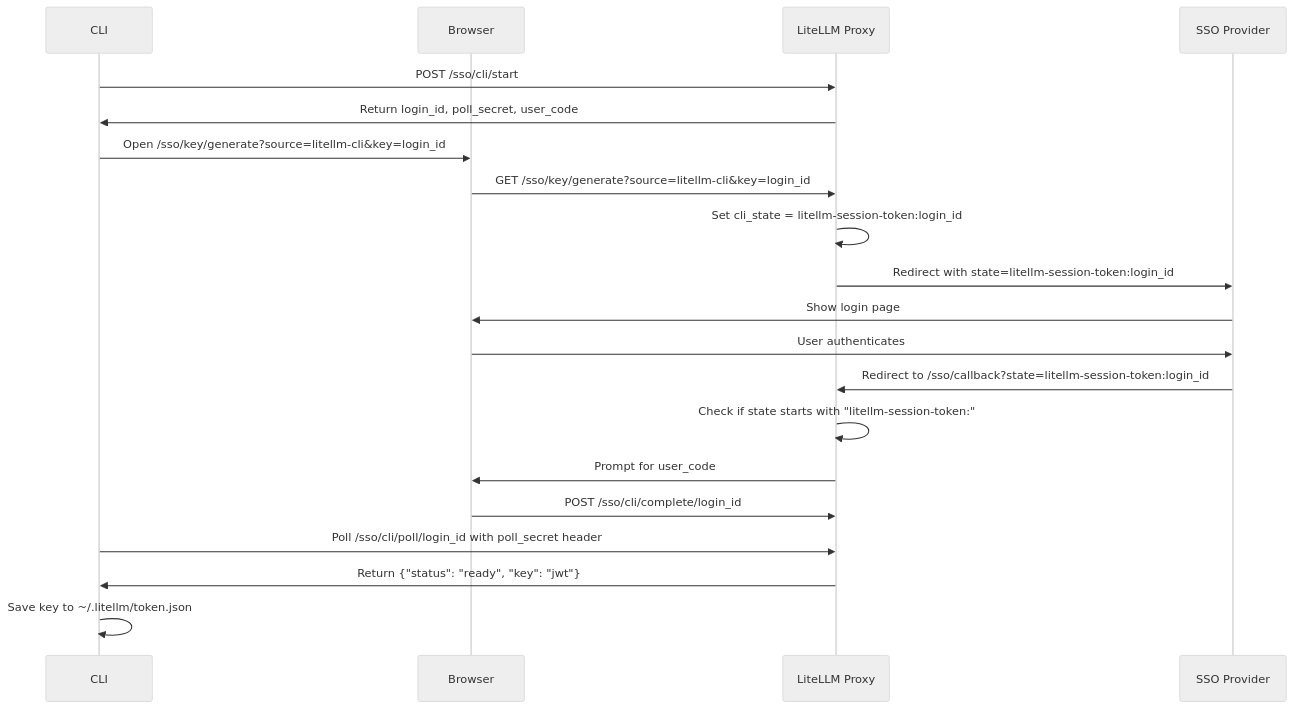
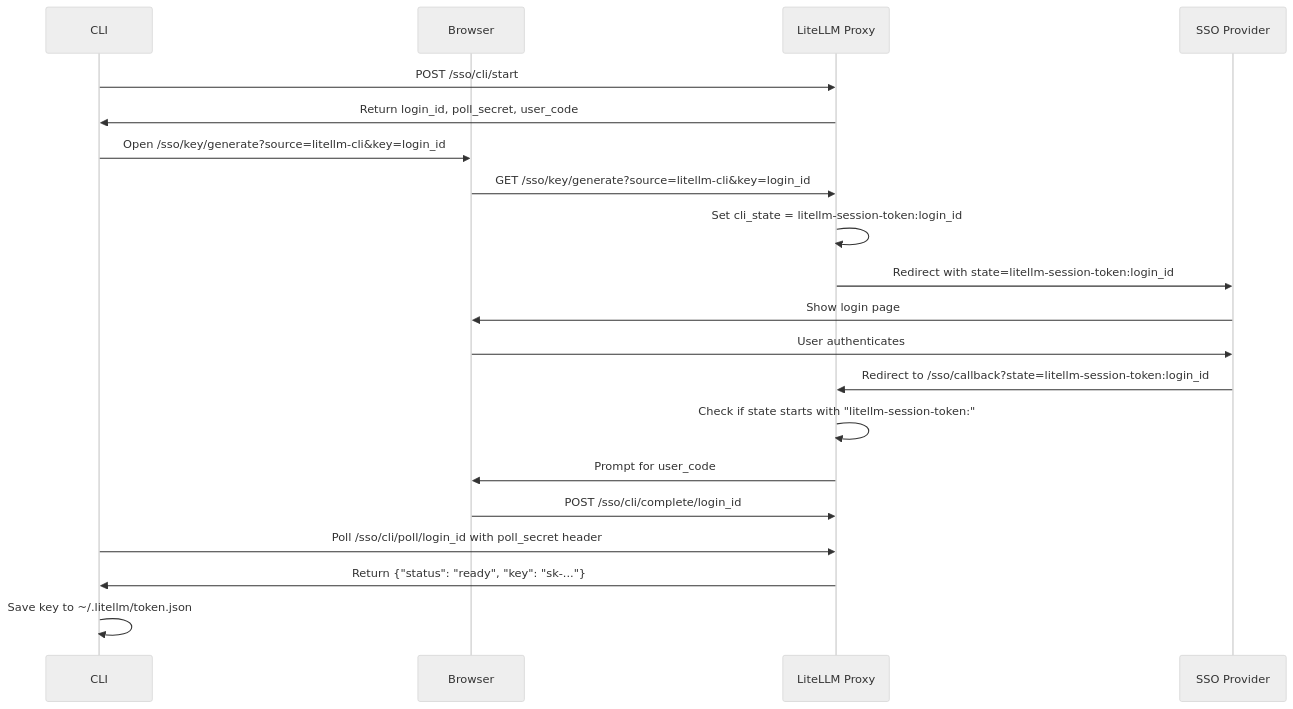
The diagram in litellm/proxy/client/README.md (BerriAI/litellm), drawn with Mermaid (neutral theme) before and after one commit. The commit also changed other lines of this file and 7 other files, not shown here.

First line of the commit message:
refactor: replace CLI stateless JWT + refresh-key pair with one self-rotating virtual key

````diff
--- a/litellm/proxy/client/README.md
+++ b/litellm/proxy/client/README.md
@@ -309,27 +309,27 @@
 ```mermaid
 sequenceDiagram
     participant CLI as CLI
     participant Browser as Browser
     participant Proxy as LiteLLM Proxy
     participant SSO as SSO Provider
     
     CLI->>Proxy: POST /sso/cli/start
     Proxy->>CLI: Return login_id, poll_secret, user_code
     CLI->>Browser: Open /sso/key/generate?source=litellm-cli&key=login_id
     
     Browser->>Proxy: GET /sso/key/generate?source=litellm-cli&key=login_id
     Proxy->>Proxy: Set cli_state = litellm-session-token:login_id
     Proxy->>SSO: Redirect with state=litellm-session-token:login_id
     
     SSO->>Browser: Show login page
     Browser->>SSO: User authenticates
     SSO->>Proxy: Redirect to /sso/callback?state=litellm-session-token:login_id
     
     Proxy->>Proxy: Check if state starts with "litellm-session-token:"
     Proxy->>Browser: Prompt for user_code
     Browser->>Proxy: POST /sso/cli/complete/login_id
     
     CLI->>Proxy: Poll /sso/cli/poll/login_id with poll_secret header
-    Proxy->>CLI: Return {"status": "ready", "key": "jwt"}
+    Proxy->>CLI: Return {"status": "ready", "key": "sk-..."}
     CLI->>CLI: Save key to ~/.litellm/token.json
 ```
````
